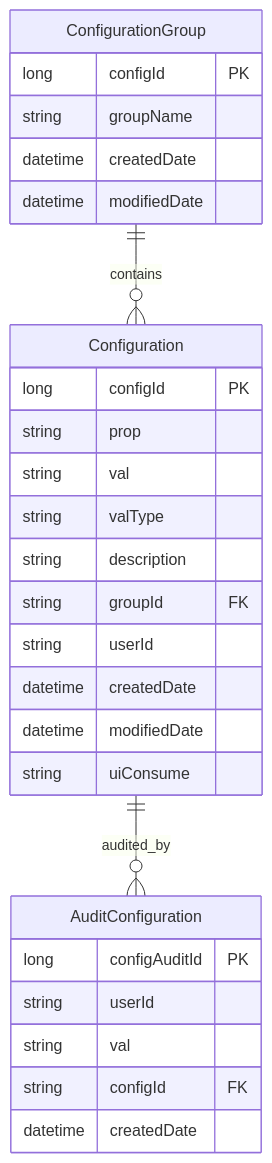
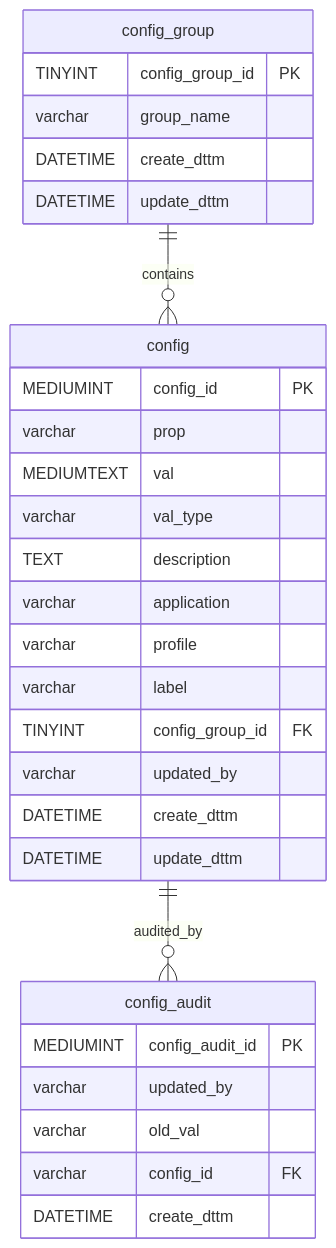
Before and after one commit to aahmadseph/SST-Phase-2: the third of 3 diagrams in generated-docs/confighub-contract.md, drawn with Mermaid. The commit also changed other lines of this file and 13 other files, not shown here.

````diff
--- a/generated-docs/confighub-contract.md
+++ b/generated-docs/confighub-contract.md
@@ -639,33 +653,35 @@
 ```mermaid
 erDiagram
-    Configuration {
-        long configId PK
-        string prop
-        string val
-        string valType
-        string description
-        string groupId FK
-        string userId
-        datetime createdDate
-        datetime modifiedDate
-        string uiConsume
+    config {
+        MEDIUMINT config_id PK
+        varchar prop
+        MEDIUMTEXT val
+        varchar val_type
+        TEXT description
+        varchar application
+        varchar profile
+        varchar label
+        TINYINT config_group_id FK
+        varchar updated_by
+        DATETIME create_dttm
+        DATETIME update_dttm
     }
     
-    ConfigurationGroup {
-        long configId PK
-        string groupName
-        datetime createdDate
-        datetime modifiedDate
+    config_group {
+        TINYINT config_group_id PK
+        varchar group_name
+        DATETIME create_dttm
+        DATETIME update_dttm
     }
     
-    AuditConfiguration {
-        long configAuditId PK
-        string userId
-        string val
-        string configId FK
-        datetime createdDate
+    config_audit {
+        MEDIUMINT config_audit_id PK
+        varchar updated_by
+        varchar old_val
+        varchar config_id FK
+        DATETIME create_dttm
     }
     
-    Configuration ||--o{ AuditConfiguration : "audited_by"
-    ConfigurationGroup ||--o{ Configuration : "contains"
+    config_group ||--o{ config : "contains"
+    config ||--o{ config_audit : "audited_by"
 ```
````
